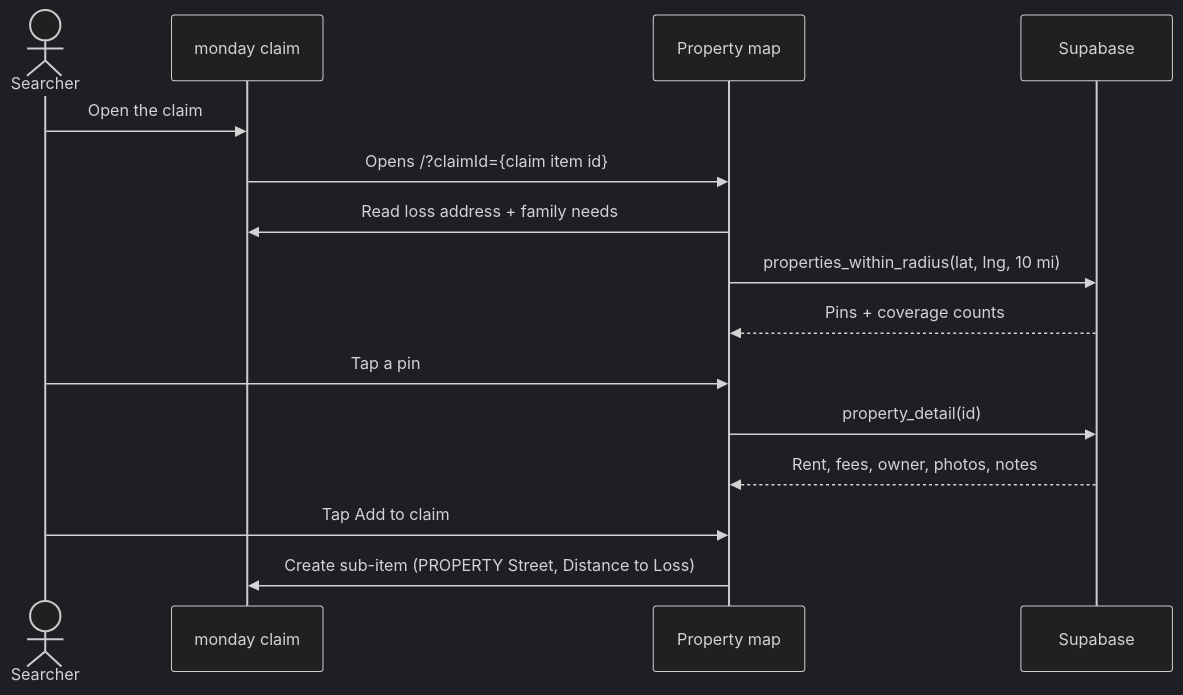
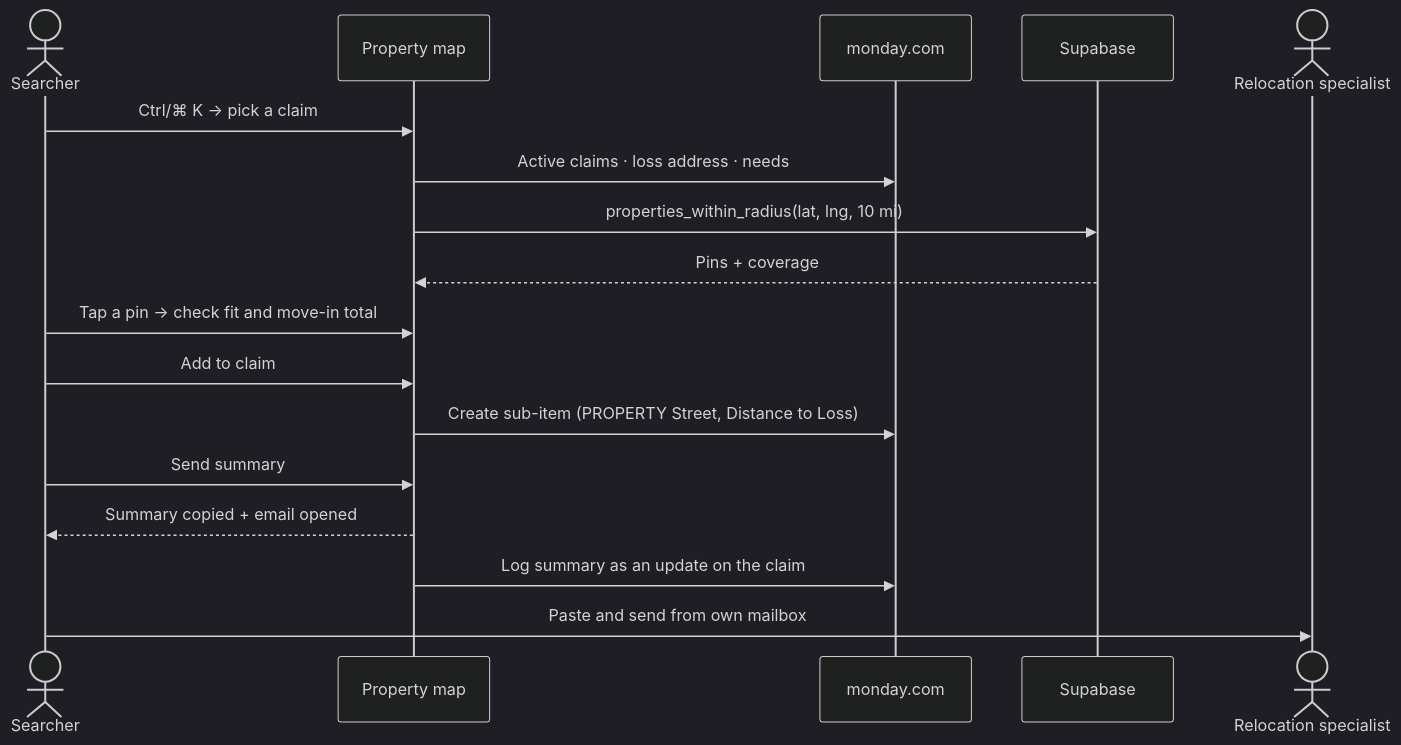
The second of 2 diagrams in README.md (Novahavens/Interactive-map), drawn with Mermaid (dark theme) before and after one commit. The commit also changed other lines of this file and 56 other files, not shown here.

````diff
--- a/README.md
+++ b/README.md
@@ -113,17 +172,19 @@
 ```mermaid
 sequenceDiagram
   actor S as Searcher
-  participant M as monday claim
   participant A as Property map
+  participant M as monday.com
   participant DB as Supabase
-  S->>M: Open the claim
-  M->>A: Opens /?claimId={claim item id}
-  A->>M: Read loss address + family needs
+  actor R as Relocation specialist
+  S->>A: Ctrl/⌘ K → pick a claim
+  A->>M: Active claims · loss address · needs
   A->>DB: properties_within_radius(lat, lng, 10 mi)
-  DB-->>A: Pins + coverage counts
-  S->>A: Tap a pin
-  A->>DB: property_detail(id)
-  DB-->>A: Rent, fees, owner, photos, notes
-  S->>A: Tap Add to claim
+  DB-->>A: Pins + coverage
+  S->>A: Tap a pin → check fit and move-in total
+  S->>A: Add to claim
   A->>M: Create sub-item (PROPERTY Street, Distance to Loss)
+  S->>A: Send summary
+  A-->>S: Summary copied + email opened
+  A->>M: Log summary as an update on the claim
+  S->>R: Paste and send from own mailbox
 ```
````
